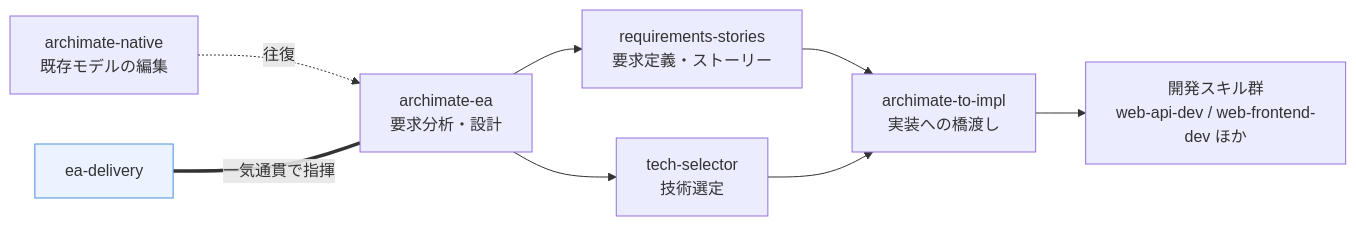
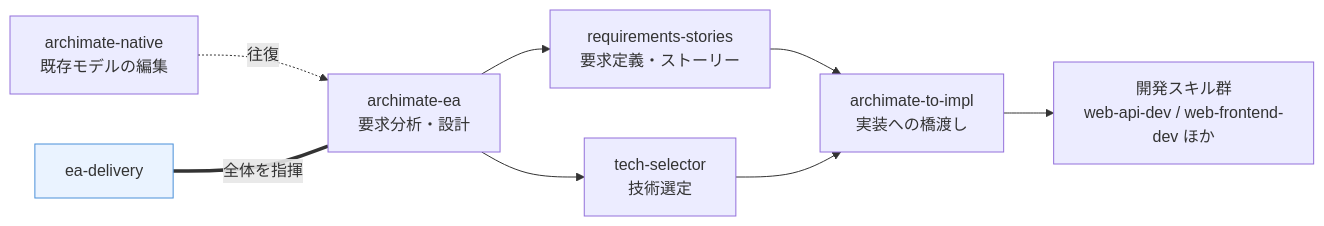
Before and after one commit to dobachi/claude-skills-marketplace: the diagram in site/index.qmd, drawn with Mermaid. The commit also changed other lines of this file and 9 other files, not shown here.

````diff
--- a/site/index.qmd
+++ b/site/index.qmd
@@ -41,13 +42,13 @@
 ```{mermaid}
 flowchart LR
   A[archimate-ea<br/>要求分析・設計] --> R[requirements-stories<br/>要求定義・ストーリー]
   A --> T[tech-selector<br/>技術選定]
   R --> I[archimate-to-impl<br/>実装への橋渡し]
   T --> I
   I --> D[開発スキル群<br/>web-api-dev / web-frontend-dev ほか]
   N[archimate-native<br/>既存モデルの編集] -. 往復 .-> A
-  E[ea-delivery] === |一気通貫で指揮| A
+  E[ea-delivery] === |全体を指揮| A
 
   classDef hub fill:#eaf3ff,stroke:#4a90d9;
   class E hub;
 ```
````
